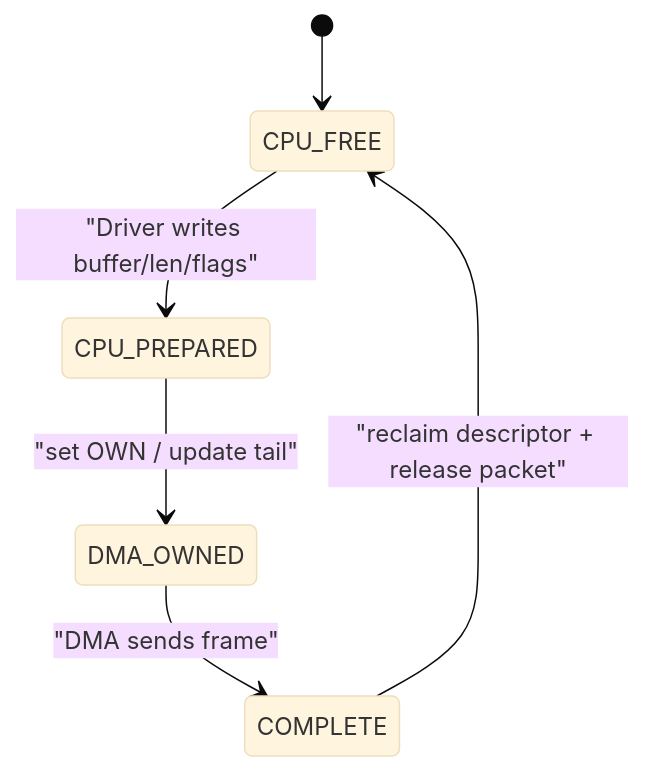
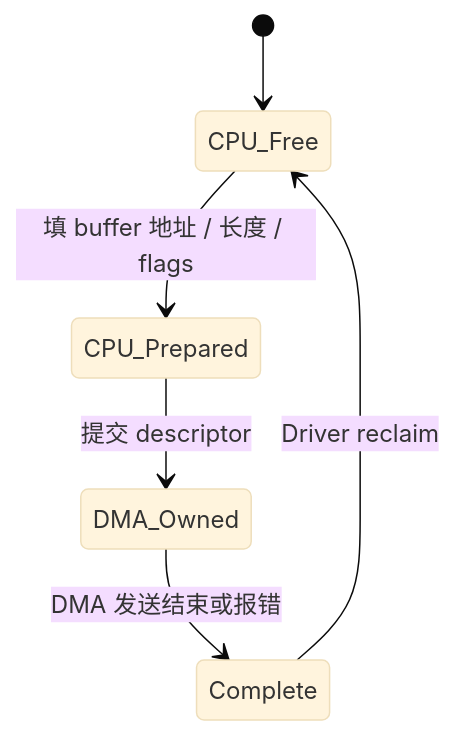
One commit to wdfk-prog/lwIP-Source-Lab changed the third of 7 diagrams in docs/21-ethernet-descriptor-ring-backpressure.md. Above: the diagram before and after it, drawn with Mermaid (base theme). The commit also changed other lines of this file and 49 other files, not shown here.

````diff
--- a/docs/21-ethernet-descriptor-ring-backpressure.md
+++ b/docs/21-ethernet-descriptor-ring-backpressure.md
@@ -64,8 +64,8 @@
 ```mermaid
 stateDiagram-v2
-    [*] --> CPU_FREE
-    CPU_FREE --> CPU_PREPARED: "Driver writes buffer/len/flags"
-    CPU_PREPARED --> DMA_OWNED: "set OWN / update tail"
-    DMA_OWNED --> COMPLETE: "DMA sends frame"
-    COMPLETE --> CPU_FREE: "reclaim descriptor + release packet"
+    [*] --> CPU_Free
+    CPU_Free --> CPU_Prepared: 填 buffer 地址 / 长度 / flags
+    CPU_Prepared --> DMA_Owned: 提交 descriptor
+    DMA_Owned --> Complete: DMA 发送结束或报错
+    Complete --> CPU_Free: Driver reclaim
 ```
````
